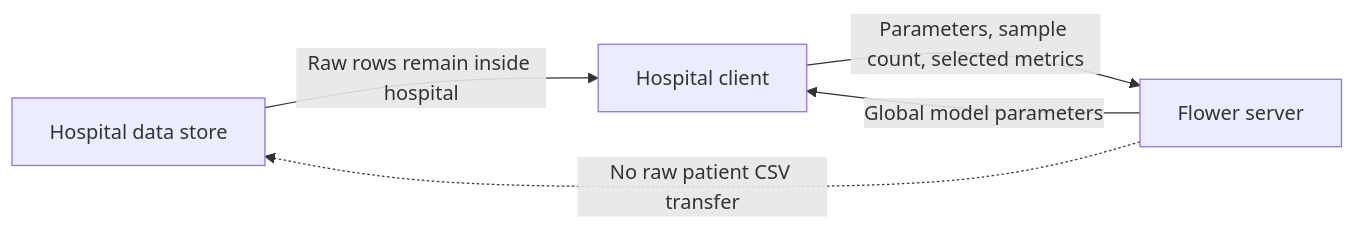
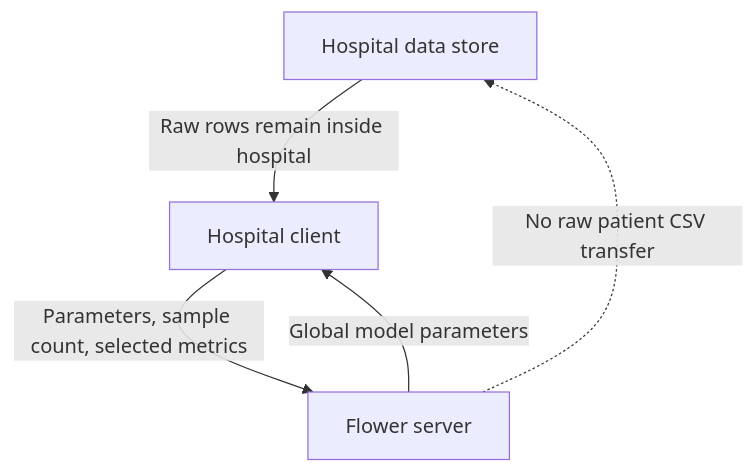
Before and after one commit to FrankSich/FedArg: the fourth of 4 diagrams in README.md, drawn with Mermaid.

Commit message:
Change Mermaid data flow orientation

````diff
--- a/README.md
+++ b/README.md
@@ -553,7 +553,7 @@
 ```mermaid
-flowchart LR
+flowchart TD
 	H[Hospital data store] -->|Raw rows remain inside hospital| L[Hospital client]
 	L -->|Parameters, sample count, selected metrics| S[Flower server]
 	S -->|Global model parameters| L
 	S -.->|No raw patient CSV transfer| H
 ```
````
